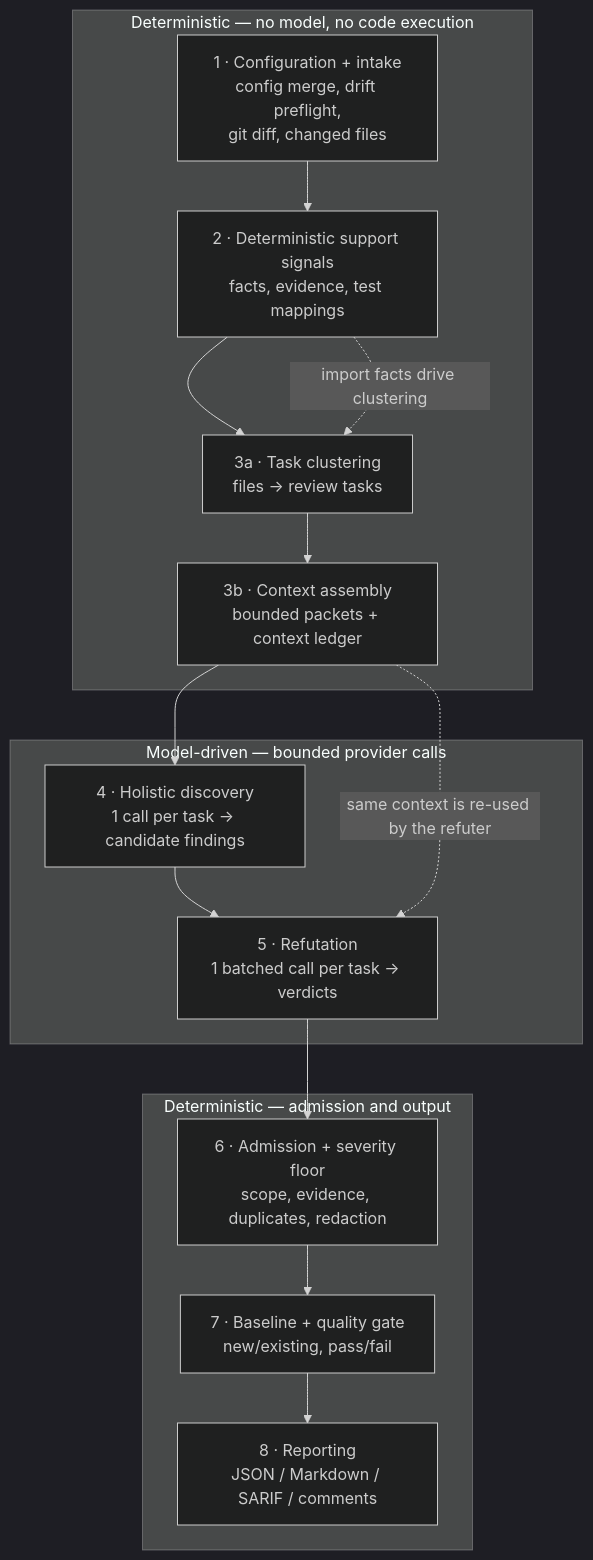
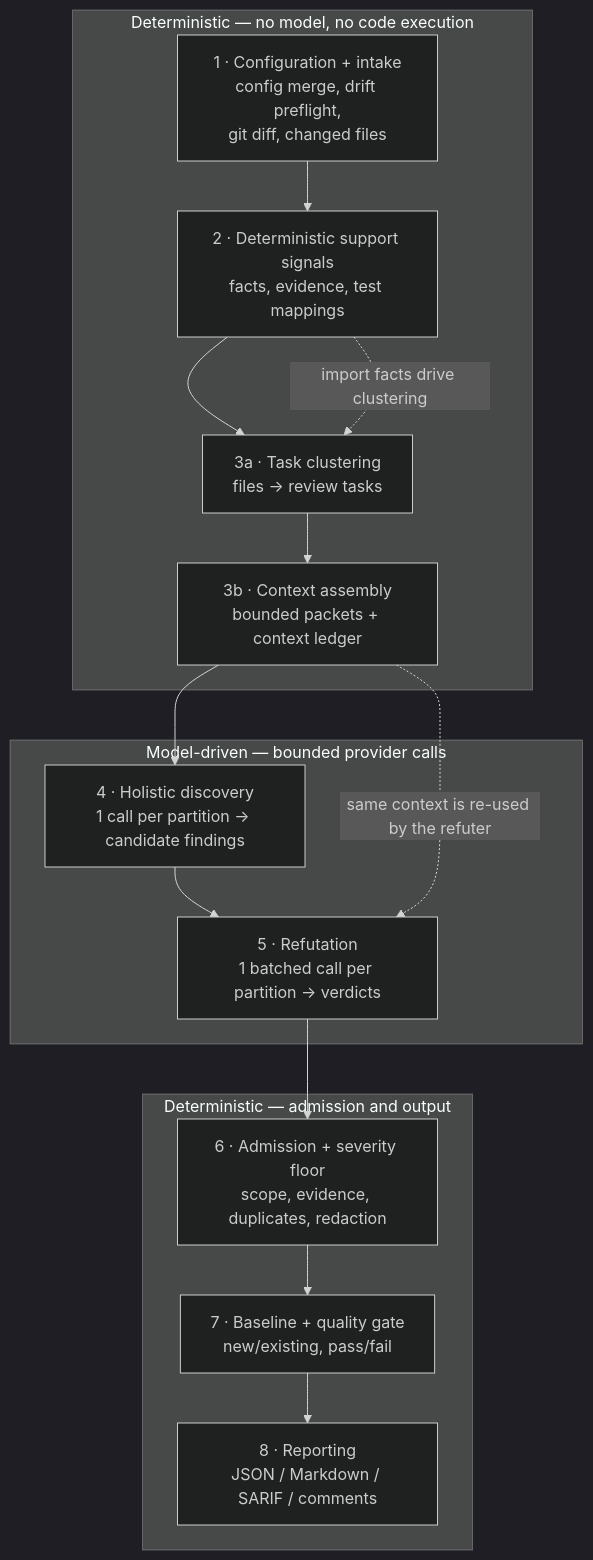
The diagram in docs/03-concepts/review-lifecycle.md (sebastianwessel/codereviewer), drawn with Mermaid (dark theme) before and after one commit. The commit also changed other lines of this file and 43 other files, not shown here.

````diff
--- a/docs/03-concepts/review-lifecycle.md
+++ b/docs/03-concepts/review-lifecycle.md
@@ -30,22 +30,22 @@
 ```mermaid
 flowchart TD
   subgraph det1["Deterministic — no model, no code execution"]
     Cfg["1 · Configuration + intake<br/>config merge, drift preflight,<br/>git diff, changed files"]
     Sig["2 · Deterministic support signals<br/>facts, evidence, test mappings"]
     Plan["3a · Task clustering<br/>files → review tasks"]
     Ctx["3b · Context assembly<br/>bounded packets + context ledger"]
   end
   subgraph model["Model-driven — bounded provider calls"]
-    Disc["4 · Holistic discovery<br/>1 call per task → candidate findings"]
-    Ref["5 · Refutation<br/>1 batched call per task → verdicts"]
+    Disc["4 · Holistic discovery<br/>1 call per partition → candidate findings"]
+    Ref["5 · Refutation<br/>1 batched call per partition → verdicts"]
   end
   subgraph det2["Deterministic — admission and output"]
     Adm["6 · Admission + severity floor<br/>scope, evidence, duplicates, redaction"]
     Gate["7 · Baseline + quality gate<br/>new/existing, pass/fail"]
     Rep["8 · Reporting<br/>JSON / Markdown / SARIF / comments"]
   end
 
   Cfg --> Sig --> Plan --> Ctx --> Disc --> Ref --> Adm --> Gate --> Rep
   Sig -. "import facts drive clustering" .-> Plan
   Ctx -. "same context is re-used by the refuter" .-> Ref
 ```
````
